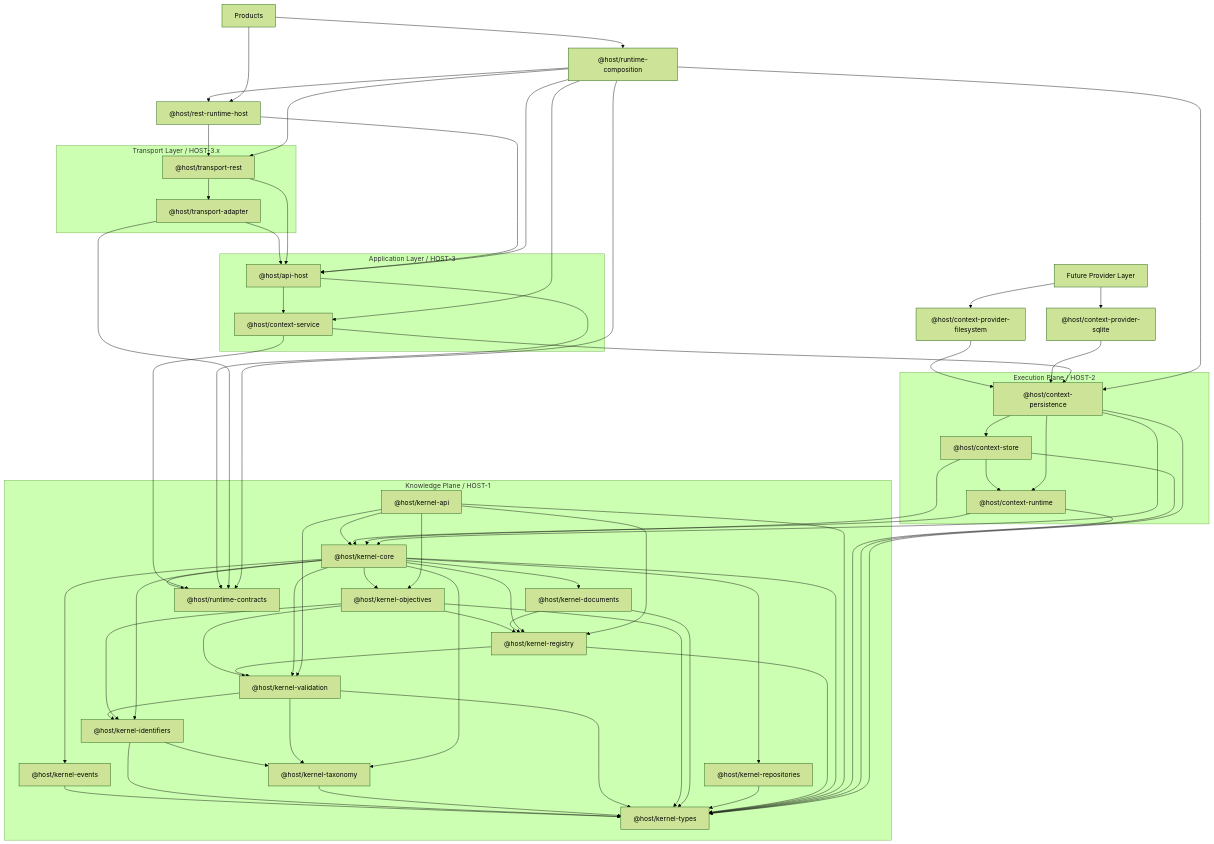
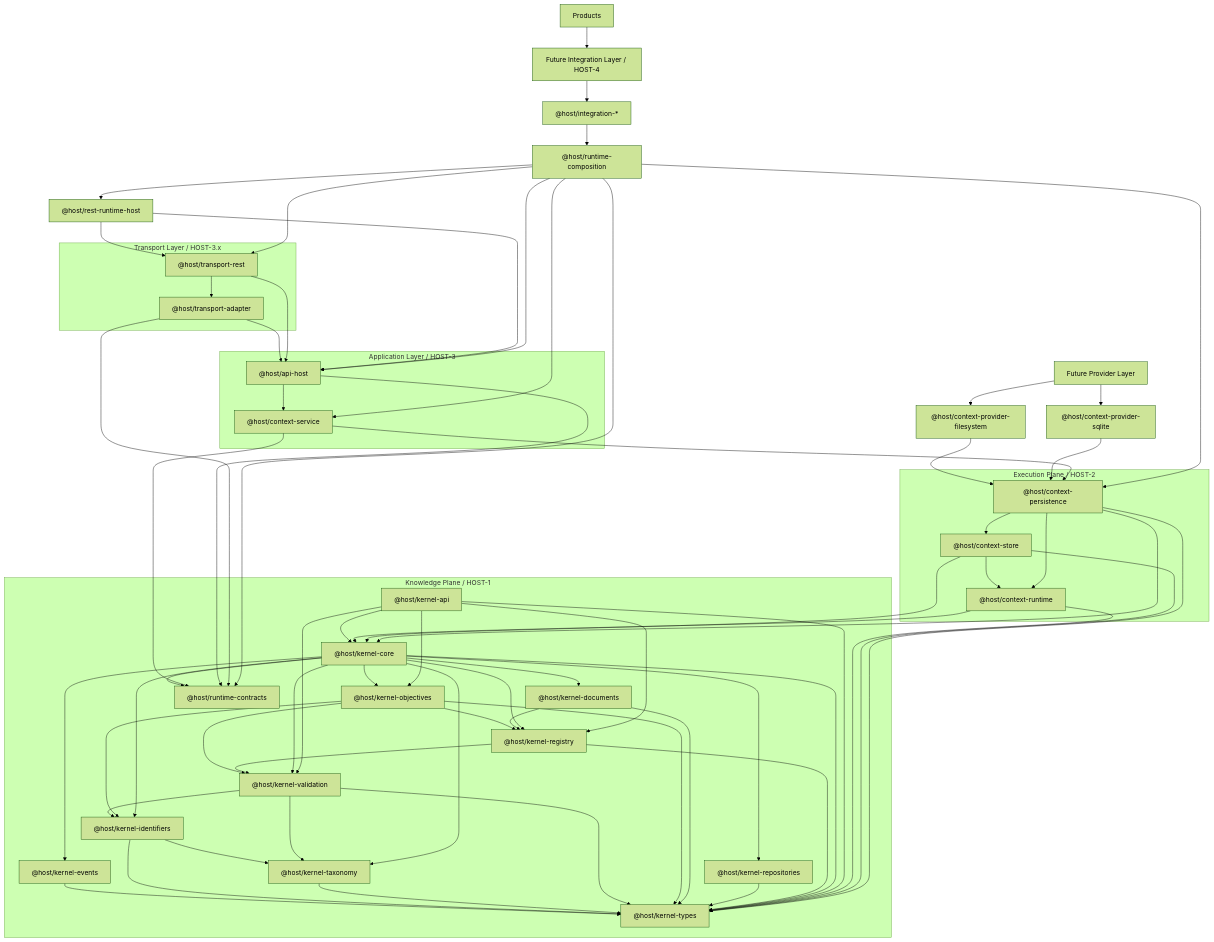
Before and after one commit to captjreacher/HOST-kernel: the diagram in docs/architecture/package-dependency-graph.md, drawn with Mermaid (forest theme). The commit also changed other lines of this file and 12 other files, not shown here.

Commit message:
docs: establish HOST-4.0 integration layer architecture baseline

````diff
--- a/docs/architecture/package-dependency-graph.md
+++ b/docs/architecture/package-dependency-graph.md
@@ -39,6 +39,8 @@
 
   RuntimeHost["@host/rest-runtime-host"]
   RuntimeComposition["@host/runtime-composition"]
+  Integration["Future Integration Layer / HOST-4"]
+  IntegrationPkg["@host/integration-*"]
   Products["Products"]
 
   KEvents --> KTypes
@@ -101,6 +103,7 @@
   RuntimeComposition --> ApiHost
   RuntimeComposition --> Rest
   RuntimeComposition --> RuntimeHost
-  Products --> RuntimeHost
-  Products --> RuntimeComposition
+  Integration --> IntegrationPkg
+  IntegrationPkg --> RuntimeComposition
+  Products --> Integration
 ```
````
